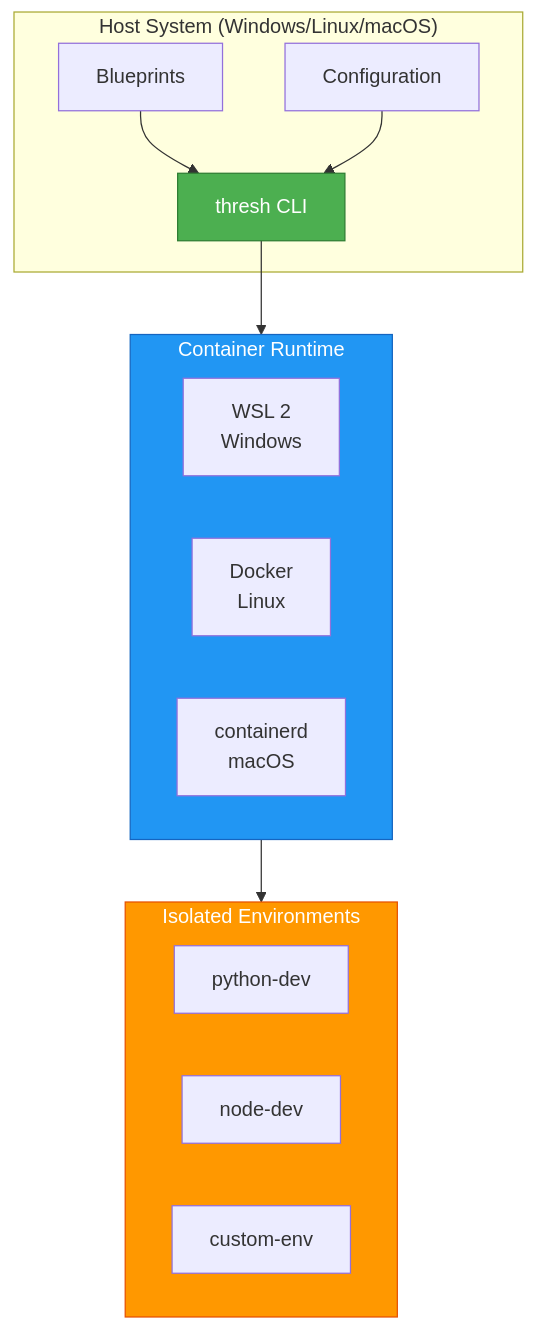
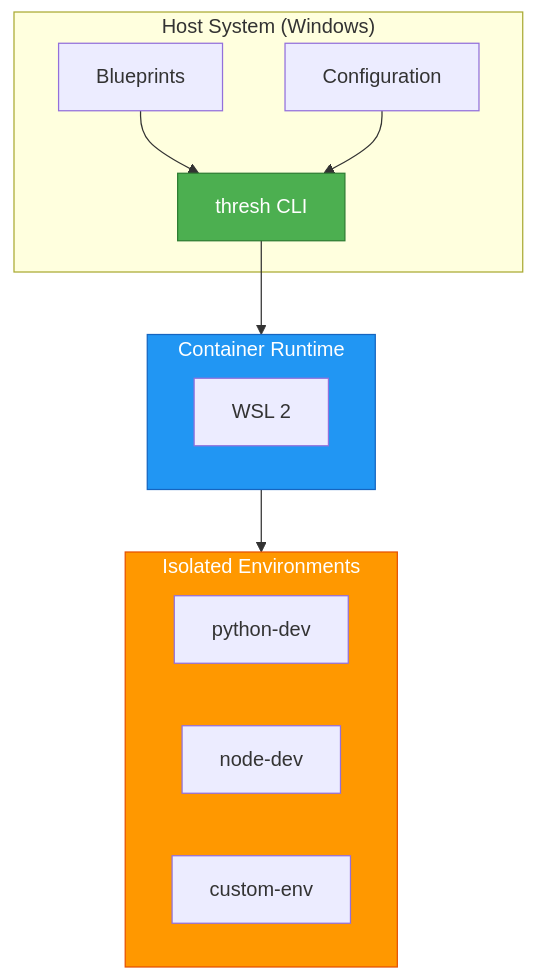
The diagram in website/docs/intro.md (dealer426/thresh), drawn with Mermaid before and after one commit. The commit also changed other lines of this file and 19 other files, not shown here.

First line of the commit message:
docs: Remove all Linux/macOS references - v1.3.0 is Windows/WSL only

````diff
--- a/website/docs/intro.md
+++ b/website/docs/intro.md
@@ -15,29 +15,27 @@
 ```mermaid
 graph TB
-    subgraph Host["Host System (Windows/Linux/macOS)"]
+    subgraph Host["Host System (Windows)"]
         CLI[thresh CLI]
         Blueprints[Blueprints]
         Config[Configuration]
     end
     
     subgraph Runtime["Container Runtime"]
-        WSL[WSL 2<br/>Windows]
-        Docker[Docker<br/>Linux]
-        Containerd[containerd<br/>macOS]
+        WSL[WSL 2]
     end
     
     subgraph Envs["Isolated Environments"]
         E1[python-dev]
         E2[node-dev]
         E3[custom-env]
     end
     
     CLI --> Runtime
     Blueprints --> CLI
     Config --> CLI
     Runtime --> Envs
     
     style CLI fill:#4CAF50,stroke:#2E7D32,color:#fff
     style Runtime fill:#2196F3,stroke:#1565C0,color:#fff
     style Envs fill:#FF9800,stroke:#E65100,color:#fff
 ```
````
